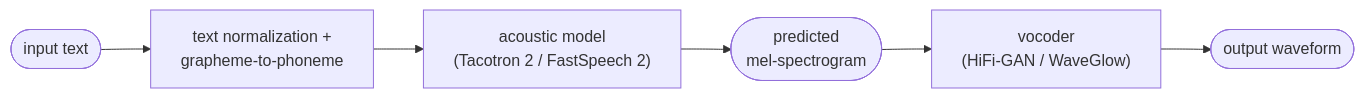
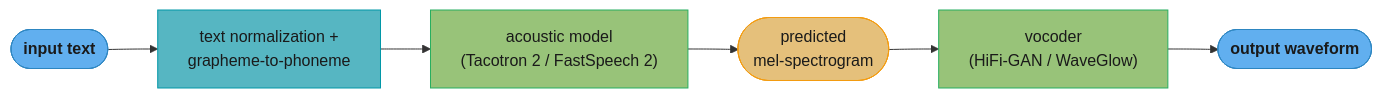
Before and after one commit to rppol/system-design: the sixth of 9 diagrams in src/main/java/com/rutik/systemdesign/ml/speech_and_audio_ml/speech_and_audio_ml.md, drawn with Mermaid. The commit also changed other lines of this file and 38 other files, not shown here.

````diff
--- a/src/main/java/com/rutik/systemdesign/ml/speech_and_audio_ml/speech_and_audio_ml.md
+++ b/src/main/java/com/rutik/systemdesign/ml/speech_and_audio_ml/speech_and_audio_ml.md
@@ -218,8 +282,21 @@
 ```mermaid
 flowchart LR
+    classDef io      fill:#61afef,stroke:#2e86c1,color:#1a1a1a,font-weight:bold
+    classDef frozen  fill:#c678dd,stroke:#9b59b6,color:#fff
+    classDef train   fill:#98c379,stroke:#27ae60,color:#1a1a1a
+    classDef mathOp  fill:#d19a66,stroke:#e67e22,color:#1a1a1a,font-weight:bold
+    classDef lossN   fill:#e06c75,stroke:#c0392b,color:#fff,font-weight:bold
+    classDef req     fill:#56b6c2,stroke:#0097a7,color:#1a1a1a
+    classDef base    fill:#e5c07b,stroke:#f39c12,color:#1a1a1a
+
     text(["input text"]) --> norm["text normalization +\ngrapheme-to-phoneme"]
     norm --> am["acoustic model\n(Tacotron 2 / FastSpeech 2)"]
     am --> melout(["predicted\nmel-spectrogram"])
     melout --> voc["vocoder\n(HiFi-GAN / WaveGlow)"]
     voc --> outwav(["output waveform"])
+
+    class text,outwav io
+    class norm req
+    class am,voc train
+    class melout base
 ```
````
